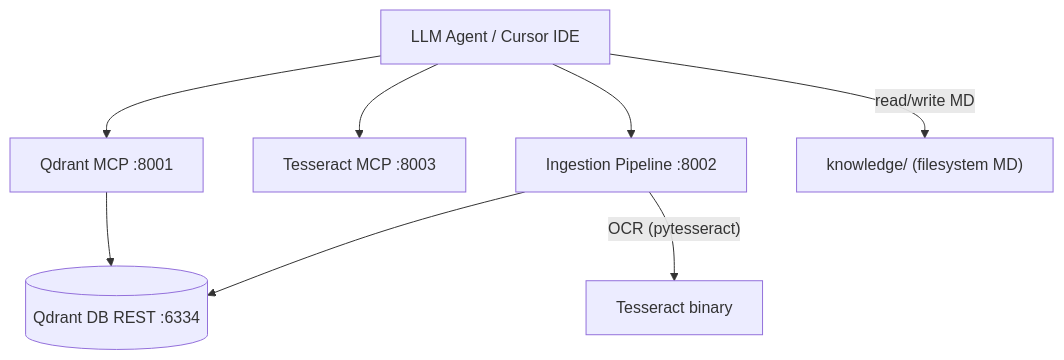
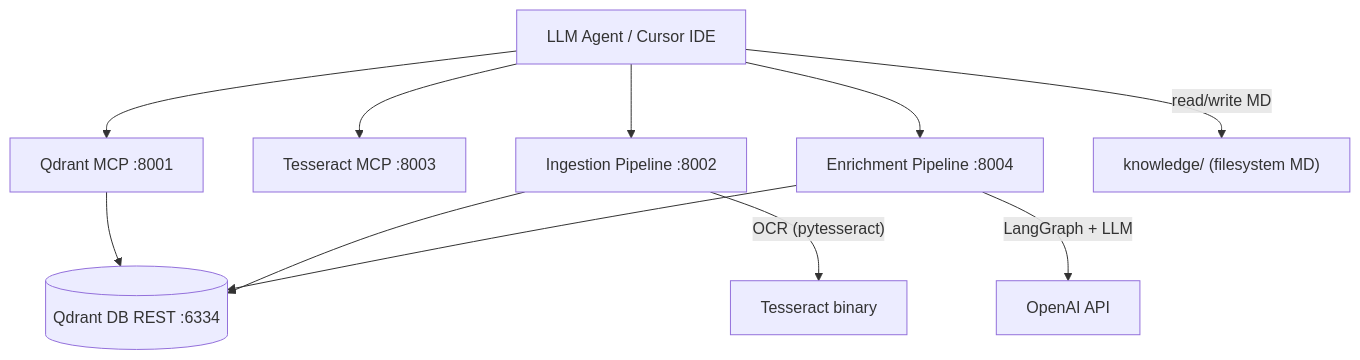
Before and after one commit to Michelangelo-Pinto/pinto-llm-wiki: the diagram in doc_v4/index.md, drawn with Mermaid. The commit also changed other lines of this file and 64 other files, not shown here.

````diff
--- a/doc_v4/index.md
+++ b/doc_v4/index.md
@@ -20,17 +20,21 @@
 ```mermaid
 flowchart TD
     Agent[LLM Agent / Cursor IDE]
     QMCP[Qdrant MCP :8001]
     TMCP[Tesseract MCP :8003]
     IMCP[Ingestion Pipeline :8002]
+    EMCP[Enrichment Pipeline :8004]
     Qdrant[(Qdrant DB REST :6334)]
     KB["knowledge/ (filesystem MD)"]
 
     Agent -->|read/write MD| KB
     Agent --> QMCP
     Agent --> TMCP
     Agent --> IMCP
+    Agent --> EMCP
     QMCP --> Qdrant
     IMCP --> Qdrant
+    EMCP --> Qdrant
     IMCP -->|"OCR (pytesseract)"| Tesseract[Tesseract binary]
+    EMCP -->|"LangGraph + LLM"| OpenAI[OpenAI API]
 ```
````
